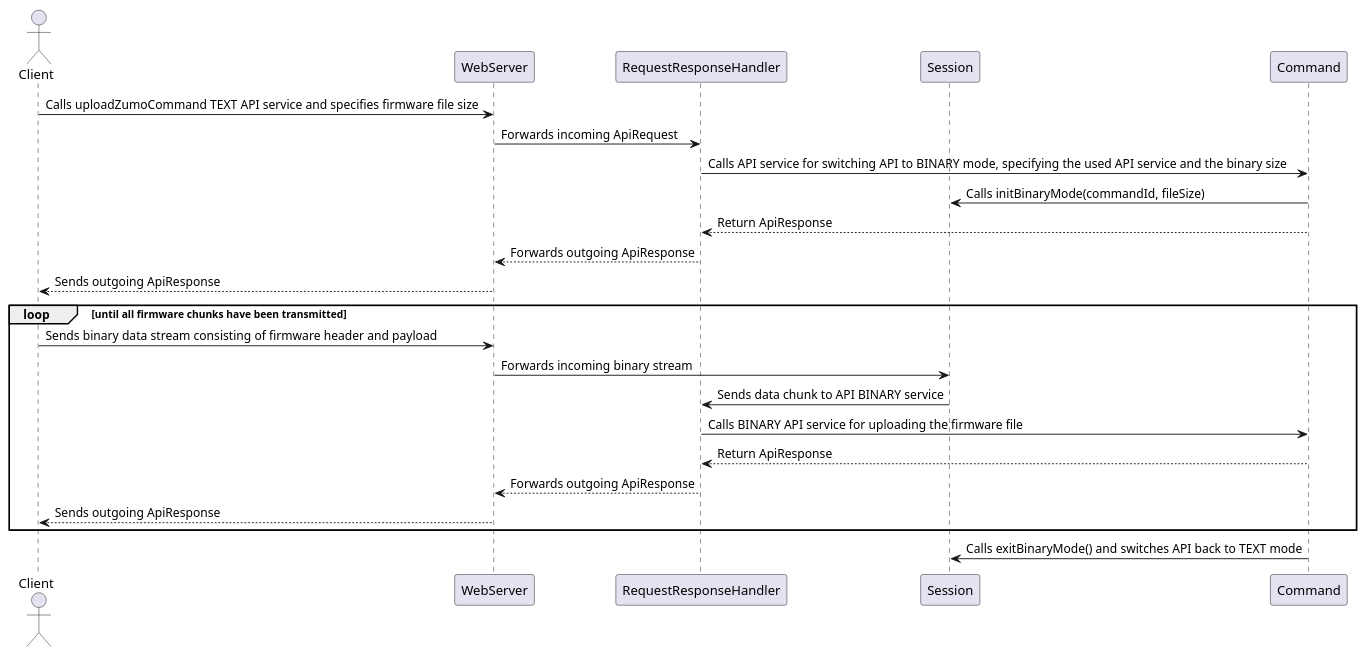
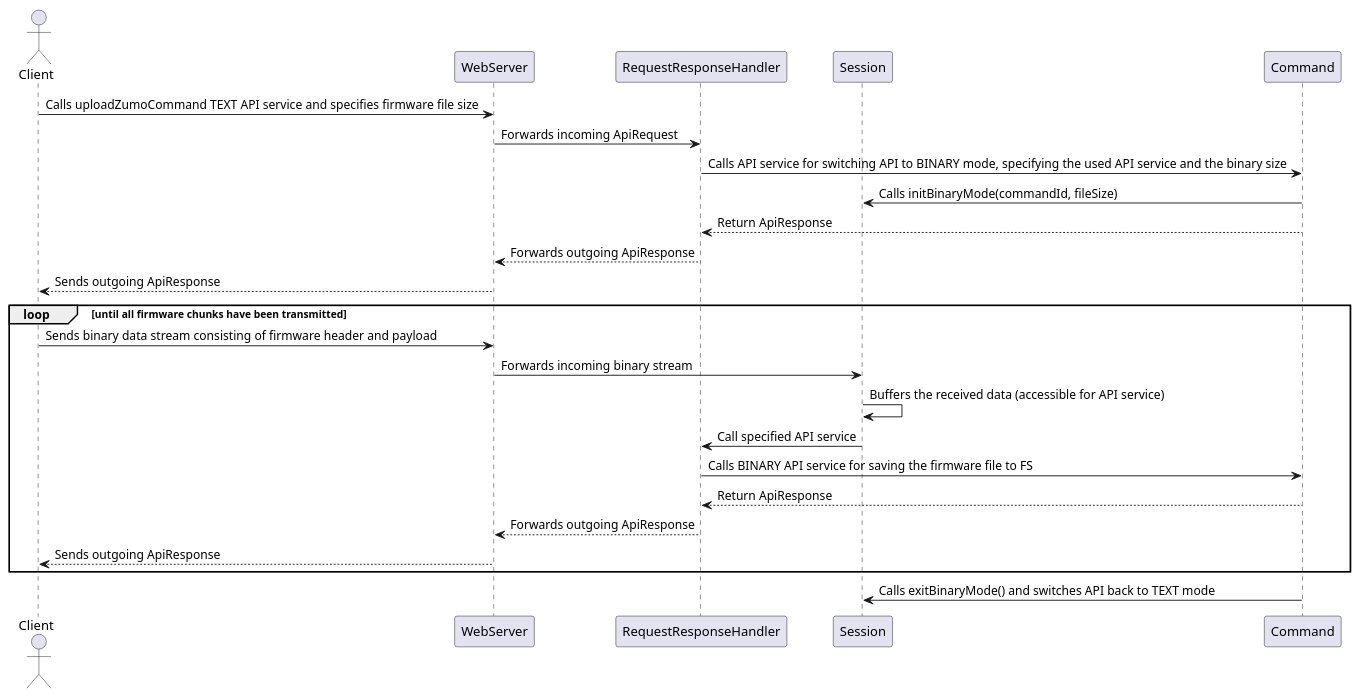
The diagram in doc/design/server/SequenceDiagrams/03_FirmwareUpload_API_Mode_Switch.plantuml (NewTec-GmbH/ZumoComSystem), drawn with PlantUML before and after one commit. The commit also changed 12 other files, not shown here.

```diff
--- a/doc/design/server/SequenceDiagrams/03_FirmwareUpload_API_Mode_Switch.plantuml
+++ b/doc/design/server/SequenceDiagrams/03_FirmwareUpload_API_Mode_Switch.plantuml
@@ -1,26 +1,27 @@
 @startuml
 actor Client
 participant WebServer
 participant RequestResponseHandler
 participant Session
 participant Command
 
 Client->WebServer: Calls uploadZumoCommand TEXT API service and specifies firmware file size
 WebServer->RequestResponseHandler: Forwards incoming ApiRequest
 RequestResponseHandler->Command: Calls API service for switching API to BINARY mode, specifying the used API service and the binary size
 Command->Session: Calls initBinaryMode(commandId, fileSize)
 Command-->RequestResponseHandler: Return ApiResponse
 RequestResponseHandler-->WebServer: Forwards outgoing ApiResponse
 WebServer-->Client : Sends outgoing ApiResponse
 
 loop until all firmware chunks have been transmitted
 Client->WebServer: Sends binary data stream consisting of firmware header and payload
 WebServer->Session: Forwards incoming binary stream
-Session->RequestResponseHandler: Sends data chunk to API BINARY service
-RequestResponseHandler->Command: Calls BINARY API service for uploading the firmware file
+Session->Session: Buffers the received data (accessible for API service)
+Session->RequestResponseHandler: Call specified API service
+RequestResponseHandler->Command: Calls BINARY API service for saving the firmware file to FS
 Command-->RequestResponseHandler: Return ApiResponse
 RequestResponseHandler-->WebServer: Forwards outgoing ApiResponse
 WebServer-->Client : Sends outgoing ApiResponse
 end
 Command->Session: Calls exitBinaryMode() and switches API back to TEXT mode
 @enduml
```
